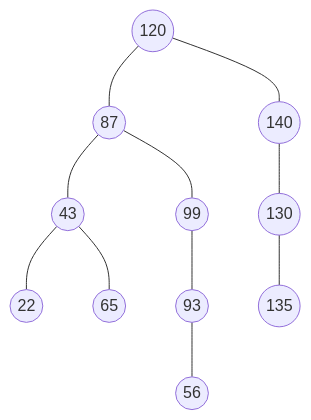
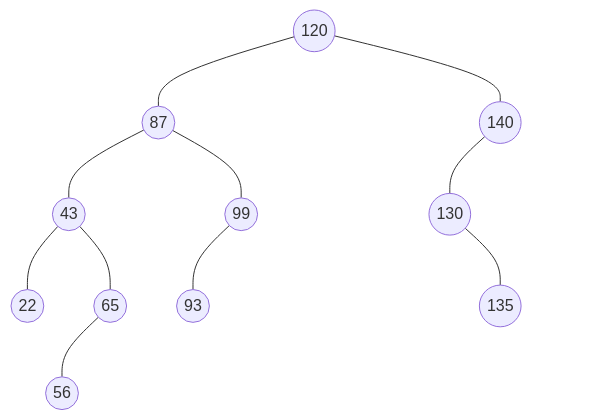
Diagram 11 of 39 in 03-arboles.md (frijolitobandido/Guia_Matematica_Discreta), drawn with Mermaid before and after one commit. The commit also changed other lines of this file, not shown here.

````diff
--- a/03-arboles.md
+++ b/03-arboles.md
@@ -367,13 +371,20 @@
 ```mermaid
 graph TD
     n120((120)) --- n87((87))
     n120 --- n140((140))
     n87 --- n43((43))
     n87 --- n99((99))
     n140 --- n130((130))
+    n140 --- inv140[" "]:::invis
     n43 --- n22((22))
     n43 --- n65((65))
     n99 --- n93((93))
+    n99 --- inv99[" "]:::invis
+    n130 --- inv130[" "]:::invis
     n130 --- n135((135))
-    n93 --- n56((56))
+    n65 --- n56((56))
+    n65 --- inv65[" "]:::invis
+
+    classDef invis fill:none,stroke:none,color:none
+    linkStyle 5,9,10,13 stroke:none;
 ```
````
